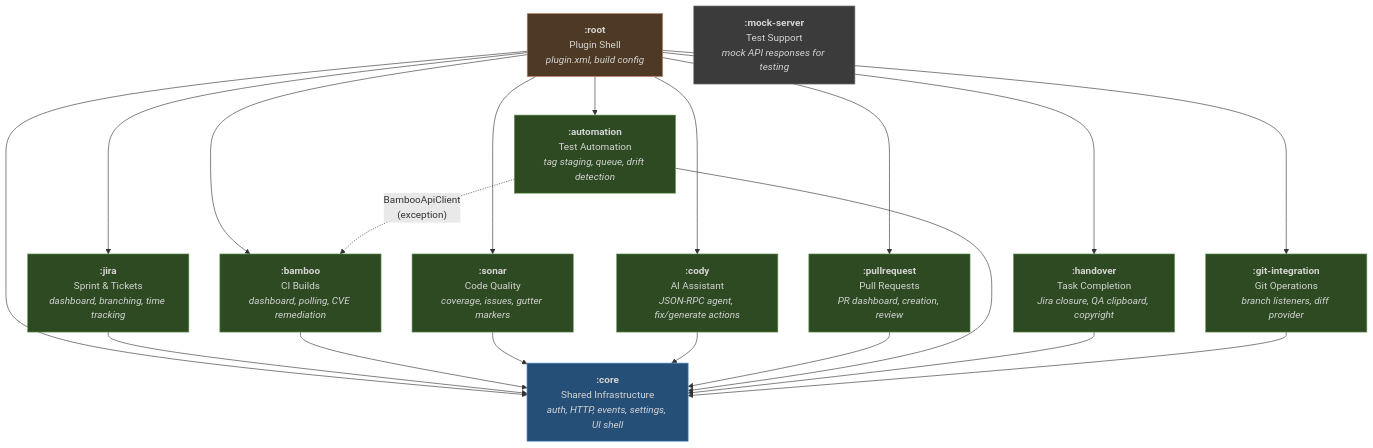
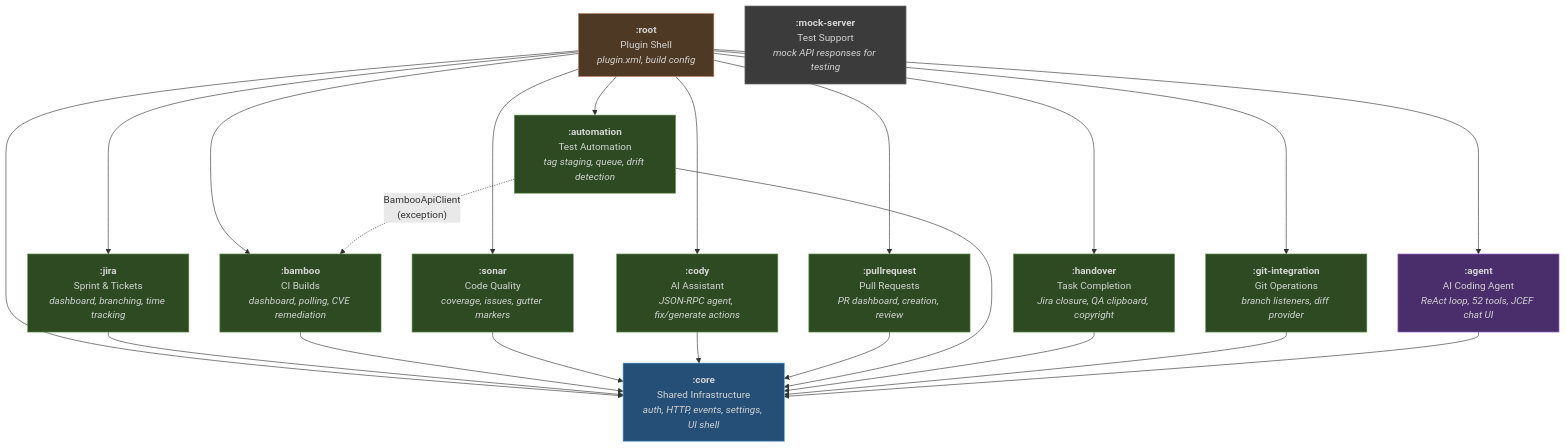
The first of 2 diagrams in docs/architecture/module-structure.md (thenerdygeek/intellij-workflow-orchestrator), drawn with Mermaid before and after one commit. The commit also changed other lines of this file and 7 other files, not shown here.

Commit message:
docs: update architecture documentation for Phase 3 agentic AI — agent module, events, APIs, threading, UI

````diff
--- a/docs/architecture/module-structure.md
+++ b/docs/architecture/module-structure.md
@@ -5,46 +5,50 @@
 ```mermaid
 graph TD
     root["<b>:root</b><br/>Plugin Shell<br/><i>plugin.xml, build config</i>"]
     core["<b>:core</b><br/>Shared Infrastructure<br/><i>auth, HTTP, events, settings, UI shell</i>"]
     jira["<b>:jira</b><br/>Sprint & Tickets<br/><i>dashboard, branching, time tracking</i>"]
     bamboo["<b>:bamboo</b><br/>CI Builds<br/><i>dashboard, polling, CVE remediation</i>"]
     sonar["<b>:sonar</b><br/>Code Quality<br/><i>coverage, issues, gutter markers</i>"]
     cody["<b>:cody</b><br/>AI Assistant<br/><i>JSON-RPC agent, fix/generate actions</i>"]
     pr["<b>:pullrequest</b><br/>Pull Requests<br/><i>PR dashboard, creation, review</i>"]
     auto["<b>:automation</b><br/>Test Automation<br/><i>tag staging, queue, drift detection</i>"]
     handover["<b>:handover</b><br/>Task Completion<br/><i>Jira closure, QA clipboard, copyright</i>"]
     git["<b>:git-integration</b><br/>Git Operations<br/><i>branch listeners, diff provider</i>"]
+    agent["<b>:agent</b><br/>AI Coding Agent<br/><i>ReAct loop, 52 tools, JCEF chat UI</i>"]
     mock["<b>:mock-server</b><br/>Test Support<br/><i>mock API responses for testing</i>"]
 
     root --> core
     root --> jira
     root --> bamboo
     root --> sonar
     root --> cody
     root --> pr
     root --> auto
     root --> handover
     root --> git
+    root --> agent
 
     jira --> core
     bamboo --> core
     sonar --> core
     cody --> core
     pr --> core
     auto --> core
     auto -.->|"BambooApiClient<br/>(exception)"| bamboo
     handover --> core
     git --> core
+    agent --> core
 
     style core fill:#264f78,stroke:#569cd6,color:#d4d4d4
     style jira fill:#2d4a22,stroke:#6a9955,color:#d4d4d4
     style bamboo fill:#2d4a22,stroke:#6a9955,color:#d4d4d4
     style sonar fill:#2d4a22,stroke:#6a9955,color:#d4d4d4
     style cody fill:#2d4a22,stroke:#6a9955,color:#d4d4d4
     style pr fill:#2d4a22,stroke:#6a9955,color:#d4d4d4
     style auto fill:#2d4a22,stroke:#6a9955,color:#d4d4d4
     style handover fill:#2d4a22,stroke:#6a9955,color:#d4d4d4
     style git fill:#2d4a22,stroke:#6a9955,color:#d4d4d4
+    style agent fill:#4a2d6b,stroke:#b07ed6,color:#d4d4d4
     style root fill:#4e3a24,stroke:#ce9178,color:#d4d4d4
     style mock fill:#3b3b3b,stroke:#808080,color:#d4d4d4
 ```
````
